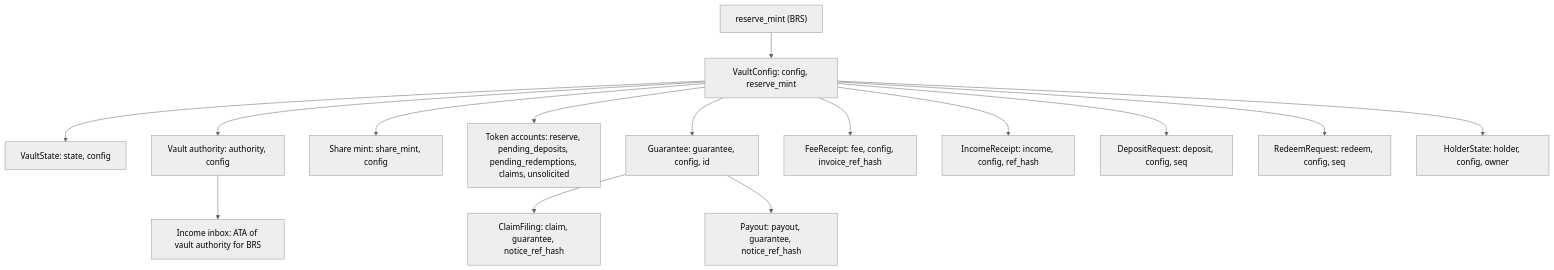
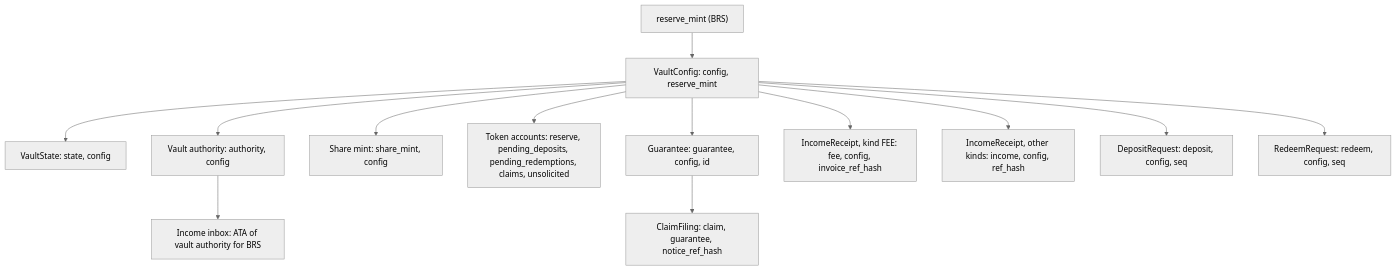
The diagram in docs/architecture/accounts.md (mutav-finance/mutav-protocol-solana), drawn with Mermaid (neutral theme) before and after one commit. The commit also changed other lines of this file and 41 other files, not shown here.

````diff
--- a/docs/architecture/accounts.md
+++ b/docs/architecture/accounts.md
@@ -16,17 +16,15 @@
 ```mermaid
 flowchart TD
   MINT["reserve_mint (BRS)"] --> CFG["VaultConfig: config, reserve_mint"]
   CFG --> ST["VaultState: state, config"]
   CFG --> AUTH["Vault authority: authority, config"]
   CFG --> SM["Share mint: share_mint, config"]
   CFG --> TA["Token accounts: reserve, pending_deposits, pending_redemptions, claims, unsolicited"]
   AUTH --> INBOX["Income inbox: ATA of vault authority for BRS"]
   CFG --> G["Guarantee: guarantee, config, id"]
   G --> CF["ClaimFiling: claim, guarantee, notice_ref_hash"]
-  G --> PO["Payout: payout, guarantee, notice_ref_hash"]
-  CFG --> FR["FeeReceipt: fee, config, invoice_ref_hash"]
-  CFG --> IR["IncomeReceipt: income, config, ref_hash"]
+  CFG --> FR["IncomeReceipt, kind FEE: fee, config, invoice_ref_hash"]
+  CFG --> IR["IncomeReceipt, other kinds: income, config, ref_hash"]
   CFG --> DR["DepositRequest: deposit, config, seq"]
   CFG --> RR["RedeemRequest: redeem, config, seq"]
-  CFG --> HS["HolderState: holder, config, owner"]
 ```
````
